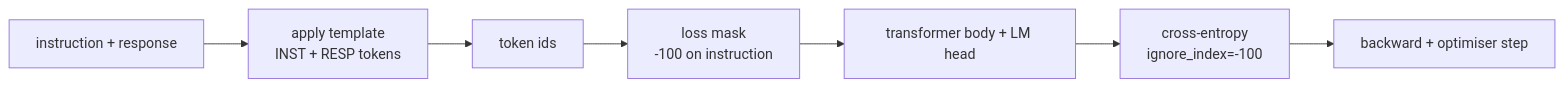
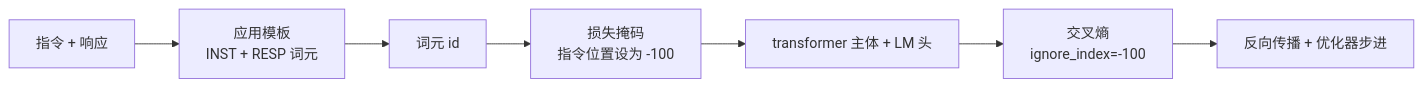
The first of 3 diagrams in phases/19-capstone-projects/39-instruction-tuning-sft.md (cq0206/ai-engineering-from-scratch), drawn with Mermaid before and after one commit. The commit also changed other lines of this file and 150 other files, not shown here.

````diff
--- a/phases/19-capstone-projects/39-instruction-tuning-sft.md
+++ b/phases/19-capstone-projects/39-instruction-tuning-sft.md
@@ -34,9 +34,9 @@
 ```mermaid
 flowchart LR
-  Pair[instruction + response] --> Tmpl[apply template<br/>INST + RESP tokens]
-  Tmpl --> Tokens[token ids]
-  Tokens --> Mask[loss mask<br/>-100 on instruction]
-  Mask --> Model[transformer body + LM head]
-  Model --> CE[cross-entropy<br/>ignore_index=-100]
-  CE --> Step[backward + optimiser step]
+  Pair[指令 + 响应] --> Tmpl[应用模板<br/>INST + RESP 词元]
+  Tmpl --> Tokens[词元 id]
+  Tokens --> Mask[损失掩码<br/>指令位置设为 -100]
+  Mask --> Model[transformer 主体 + LM 头]
+  Model --> CE[交叉熵<br/>ignore_index=-100]
+  CE --> Step[反向传播 + 优化器步进]
 ```
````
